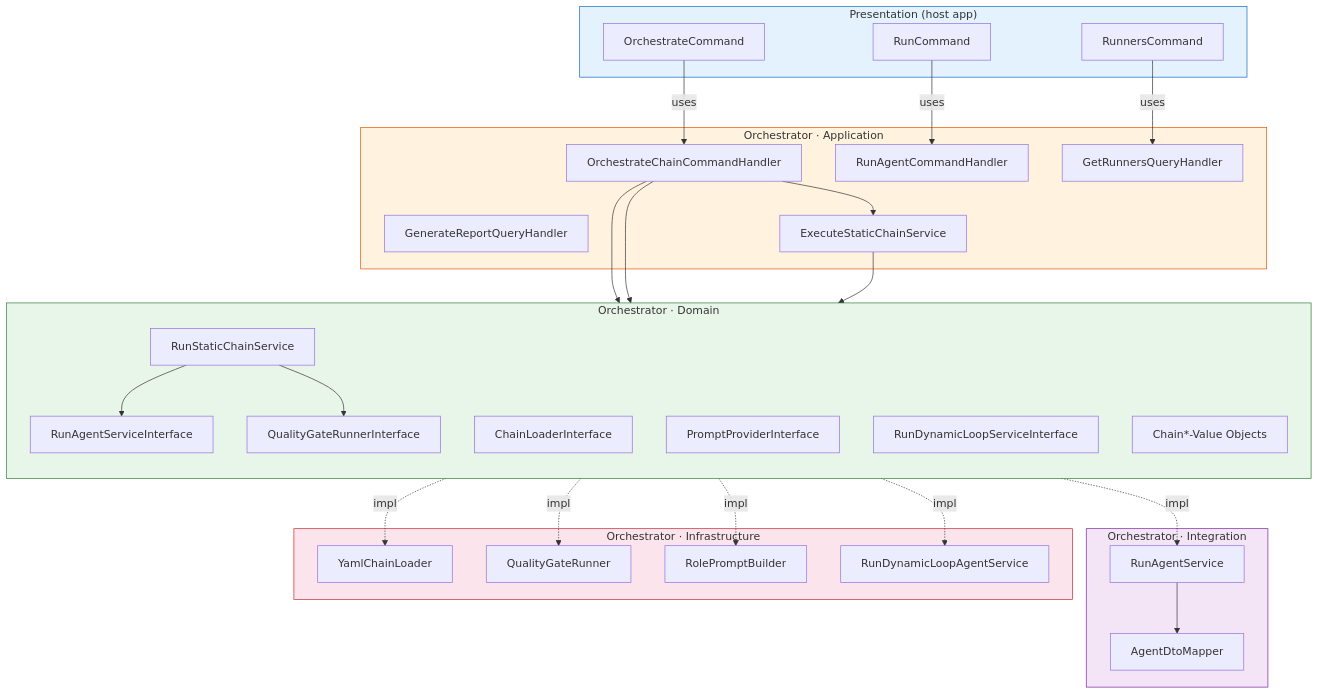
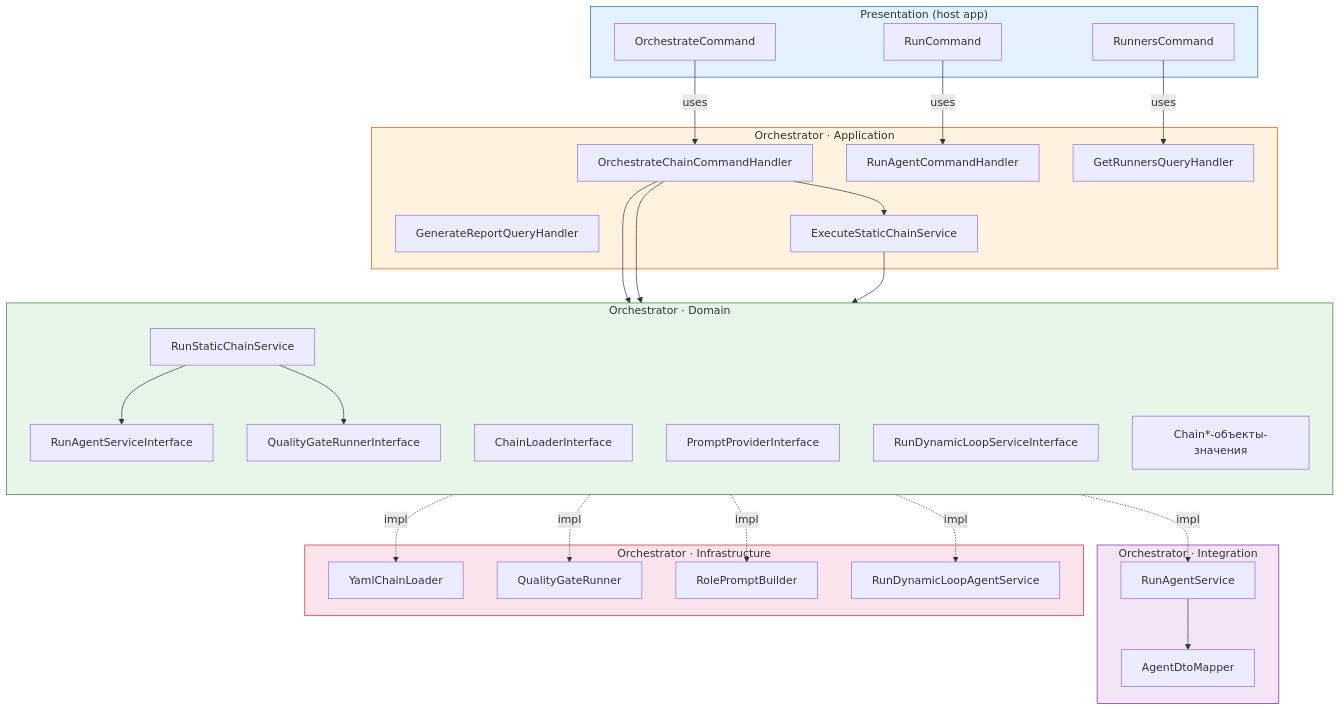
Before and after one commit to prikotov/task-orchestrator: the second of 9 diagrams in docs/guide/diagrams.md, drawn with Mermaid. The commit also changed other lines of this file and 18 other files, not shown here.

````diff
--- a/docs/guide/diagrams.md
+++ b/docs/guide/diagrams.md
@@ -110,61 +110,61 @@
 ```mermaid
 graph TB
     subgraph Presentation["Presentation (host app)"]
         OC["OrchestrateCommand"]
         RC["RunCommand"]
         RNC["RunnersCommand"]
     end
 
     subgraph Application["Orchestrator · Application"]
         CH["OrchestrateChainCommandHandler"]
         SCH["RunAgentCommandHandler"]
         GRH["GetRunnersQueryHandler"]
         RP["GenerateReportQueryHandler"]
         ESC["ExecuteStaticChainService"]
     end
 
     subgraph Domain["Orchestrator · Domain"]
         direction TB
         RASI["RunAgentServiceInterface"]
         CL["ChainLoaderInterface"]
         PP["PromptProviderInterface"]
         QGI["QualityGateRunnerInterface"]
         RSC["RunStaticChainService"]
         RDLI["RunDynamicLoopServiceInterface"]
-        VO["Chain*-Value Objects"]
+        VO["Chain*-объекты-значения"]
     end
 
     subgraph Integration["Orchestrator · Integration"]
         RAS["RunAgentService"]
         ADM["AgentDtoMapper"]
     end
 
     subgraph Infrastructure["Orchestrator · Infrastructure"]
         YCL["YamlChainLoader"]
         QG["QualityGateRunner"]
         RPB["RolePromptBuilder"]
         RDLS["RunDynamicLoopAgentService"]
     end
 
     OC -->|uses| CH
     RC -->|uses| SCH
     RNC -->|uses| GRH
     CH --> ESC
     CH --> CL
     CH --> RDLI
     ESC --> RSC
     RSC --> RASI
     RSC --> QGI
     RASI -.->|impl| RAS
     RAS --> ADM
     CL -.->|impl| YCL
     PP -.->|impl| RPB
     QGI -.->|impl| QG
     RDLI -.->|impl| RDLS
 
     style Presentation fill:#e3f2fd,stroke:#1565c0
     style Application fill:#fff3e0,stroke:#e65100
     style Domain fill:#e8f5e9,stroke:#2e7d32
     style Integration fill:#f3e5f5,stroke:#7b1fa2
     style Infrastructure fill:#fce4ec,stroke:#c62828
 ```
````
